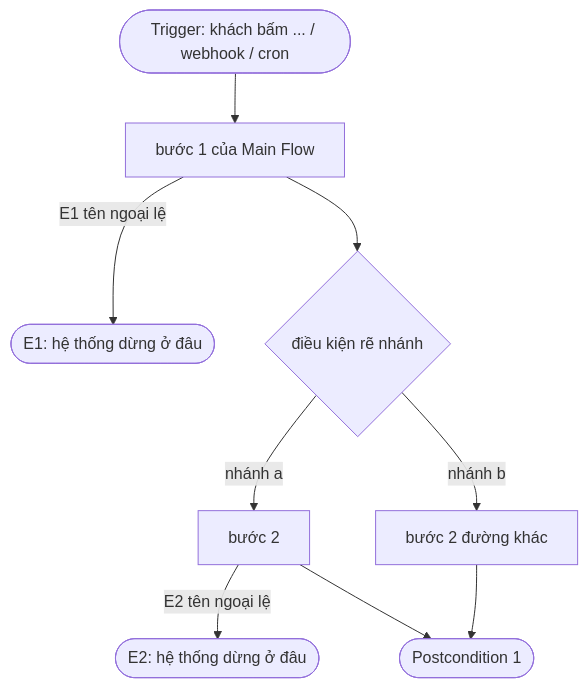
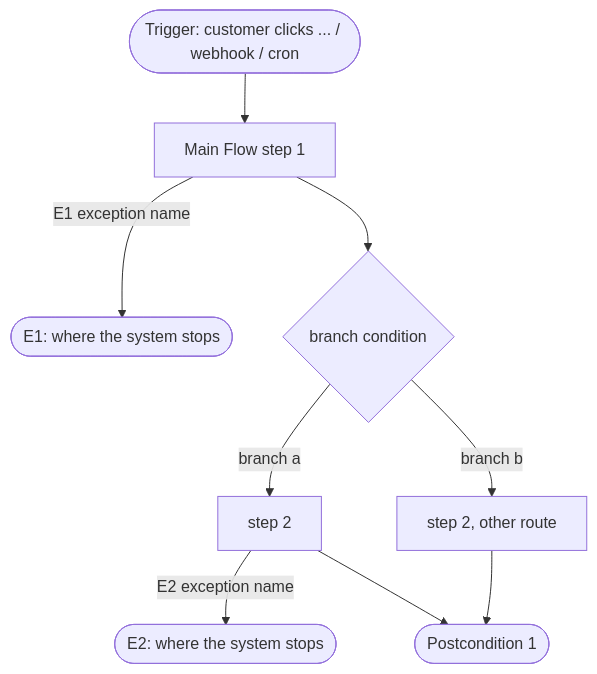
One commit to quangman2211/sdd-solo changed the diagram in plugins/sdd-solo/templates/skel/use-case/UC-000.flow.md. Above: the diagram before and after it, drawn with Mermaid. The commit also changed other lines of this file and 133 other files, not shown here.

````diff
--- a/plugins/sdd-solo/templates/skel/use-case/UC-000.flow.md
+++ b/plugins/sdd-solo/templates/skel/use-case/UC-000.flow.md
@@ -12,11 +12,11 @@
 ```mermaid
 flowchart TD
-  S([Trigger: khách bấm ... / webhook / cron]) --> T1[bước 1 của Main Flow]
-  T1 -->|E1 tên ngoại lệ| X1([E1: hệ thống dừng ở đâu])
-  T1 --> D1{điều kiện rẽ nhánh}
-  D1 -->|nhánh a| T2[bước 2]
-  D1 -->|nhánh b| T3[bước 2 đường khác]
-  T2 -->|E2 tên ngoại lệ| X2([E2: hệ thống dừng ở đâu])
+  S([Trigger: customer clicks ... / webhook / cron]) --> T1[Main Flow step 1]
+  T1 -->|E1 exception name| X1([E1: where the system stops])
+  T1 --> D1{branch condition}
+  D1 -->|branch a| T2[step 2]
+  D1 -->|branch b| T3[step 2, other route]
+  T2 -->|E2 exception name| X2([E2: where the system stops])
   T2 --> P1([Postcondition 1])
   T3 --> P1
 ```
````
